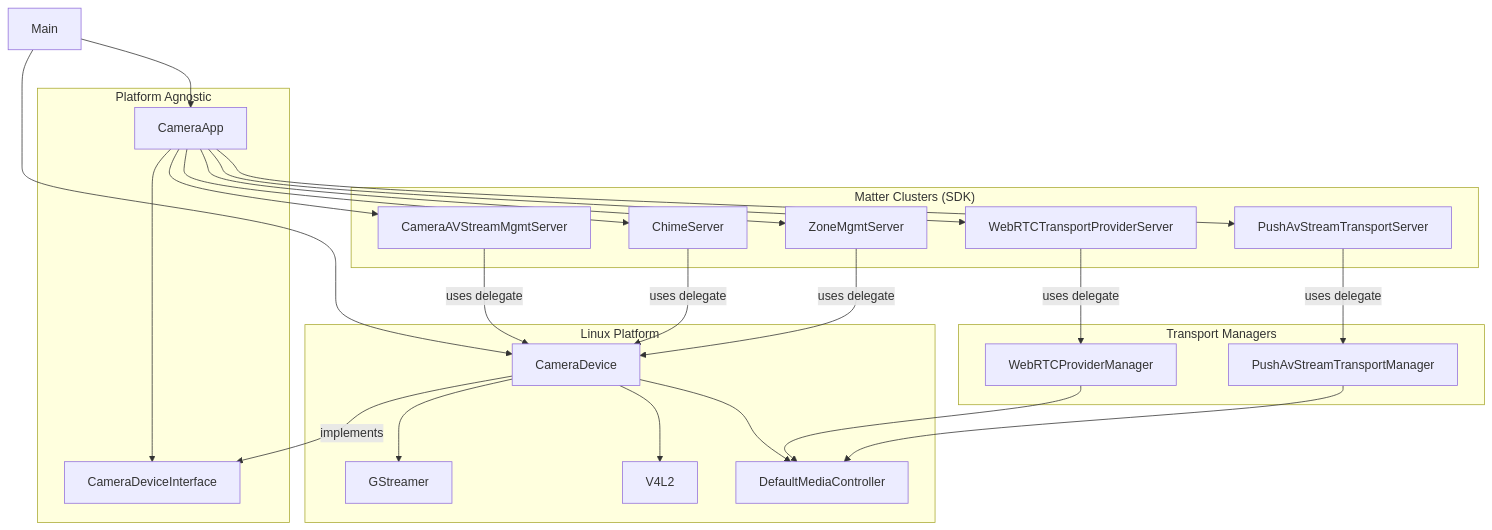
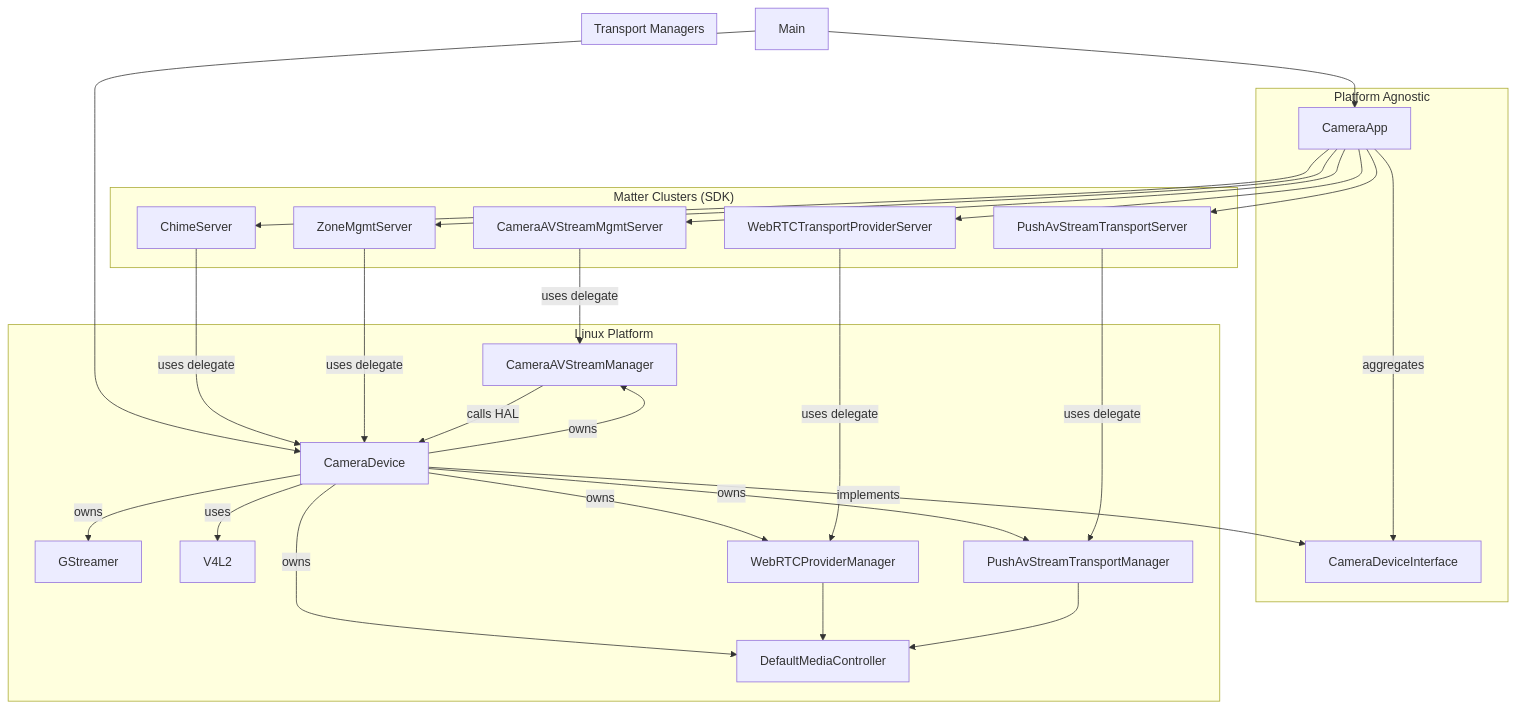
Before and after one commit to project-chip/connectedhomeip: the first of 3 diagrams in examples/camera-app/linux/doc/camera-app-architecture.md, drawn with Mermaid. The commit also changed other lines of this file, not shown here.

Commit message:
Update doc to include more details around CameraAVSM and update diagrams.

````diff
--- a/examples/camera-app/linux/doc/camera-app-architecture.md
+++ b/examples/camera-app/linux/doc/camera-app-architecture.md
@@ -107,49 +112,50 @@
 ```mermaid
 graph TD
     subgraph "Platform Agnostic"
         CameraApp
         CameraDeviceInterface
     end
 
     subgraph "Linux Platform"
-        CameraDevice
-        GStreamer
-        V4L2
-        DefaultMediaController
+        CameraDevice -- implements --> CameraDeviceInterface
+        CameraDevice -- owns --> GStreamer
+        CameraDevice -- uses --> V4L2
+        CameraDevice -- owns --> DefaultMediaController
+        CameraDevice -- owns --> CameraAVStreamManager
+        CameraDevice -- owns --> WebRTCProviderManager
+        CameraDevice -- owns --> PushAvStreamTransportManager
     end
 
     subgraph "Transport Managers"
         WebRTCProviderManager
         PushAvStreamTransportManager
     end
 
     subgraph "Matter Clusters (SDK)"
         CameraAVStreamMgmtServer
         WebRTCTransportProviderServer
         PushAvStreamTransportServer
         ChimeServer
         ZoneMgmtServer
     end
 
     Main --> CameraDevice
     Main --> CameraApp
-    CameraApp --> CameraDeviceInterface
-    CameraDevice -- implements --> CameraDeviceInterface
-    CameraDevice --> GStreamer
-    CameraDevice --> V4L2
-    CameraDevice --> DefaultMediaController
+    CameraApp -- aggregates --> CameraDeviceInterface
+
     CameraApp --> CameraAVStreamMgmtServer
     CameraApp --> WebRTCTransportProviderServer
     CameraApp --> PushAvStreamTransportServer
     CameraApp --> ChimeServer
     CameraApp --> ZoneMgmtServer
 
-    CameraAVStreamMgmtServer -- uses delegate --> CameraDevice
+    CameraAVStreamMgmtServer -- uses delegate --> CameraAVStreamManager
     WebRTCTransportProviderServer -- uses delegate --> WebRTCProviderManager
     PushAvStreamTransportServer -- uses delegate --> PushAvStreamTransportManager
     ChimeServer -- uses delegate --> CameraDevice
     ZoneMgmtServer -- uses delegate --> CameraDevice
 
+    CameraAVStreamManager -- calls HAL --> CameraDevice
     WebRTCProviderManager --> DefaultMediaController
     PushAvStreamTransportManager --> DefaultMediaController
 ```
````
